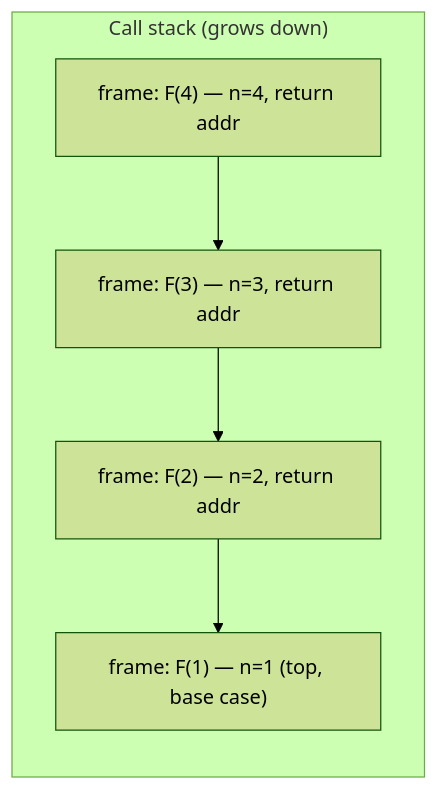
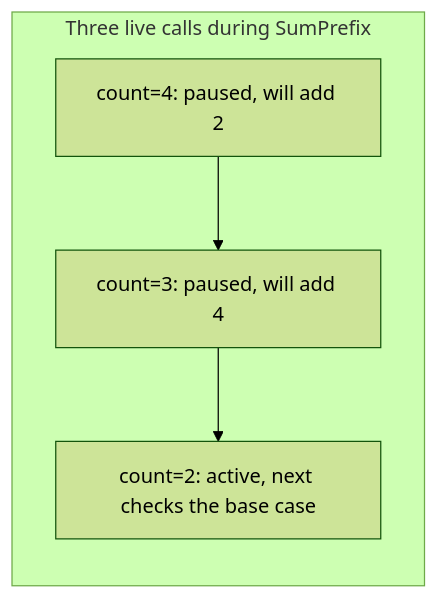
The second of 8 diagrams in content/algorithms/recursion-and-divide-and-conquer-reviewer.md (bergsonvalencia/algo), drawn with Mermaid (forest theme) before and after one commit. The commit also changed other lines of this file and 6 other files, not shown here.

````diff
--- a/content/algorithms/recursion-and-divide-and-conquer-reviewer.md
+++ b/content/algorithms/recursion-and-divide-and-conquer-reviewer.md
@@ -112,11 +146,10 @@
 ```mermaid
 flowchart LR
-    subgraph Stack["Call stack (grows down)"]
+    subgraph Stack["Three live calls during SumPrefix"]
         direction TB
-        F1["frame: F(4) — n=4, return addr"]
-        F2["frame: F(3) — n=3, return addr"]
-        F3["frame: F(2) — n=2, return addr"]
-        F4["frame: F(1) — n=1 (top, base case)"]
+        F1["count=4: paused, will add 2"]
+        F2["count=3: paused, will add 4"]
+        F3["count=2: active, next checks the base case"]
     end
-    F1 --> F2 --> F3 --> F4
+    F1 --> F2 --> F3
 ```
````
